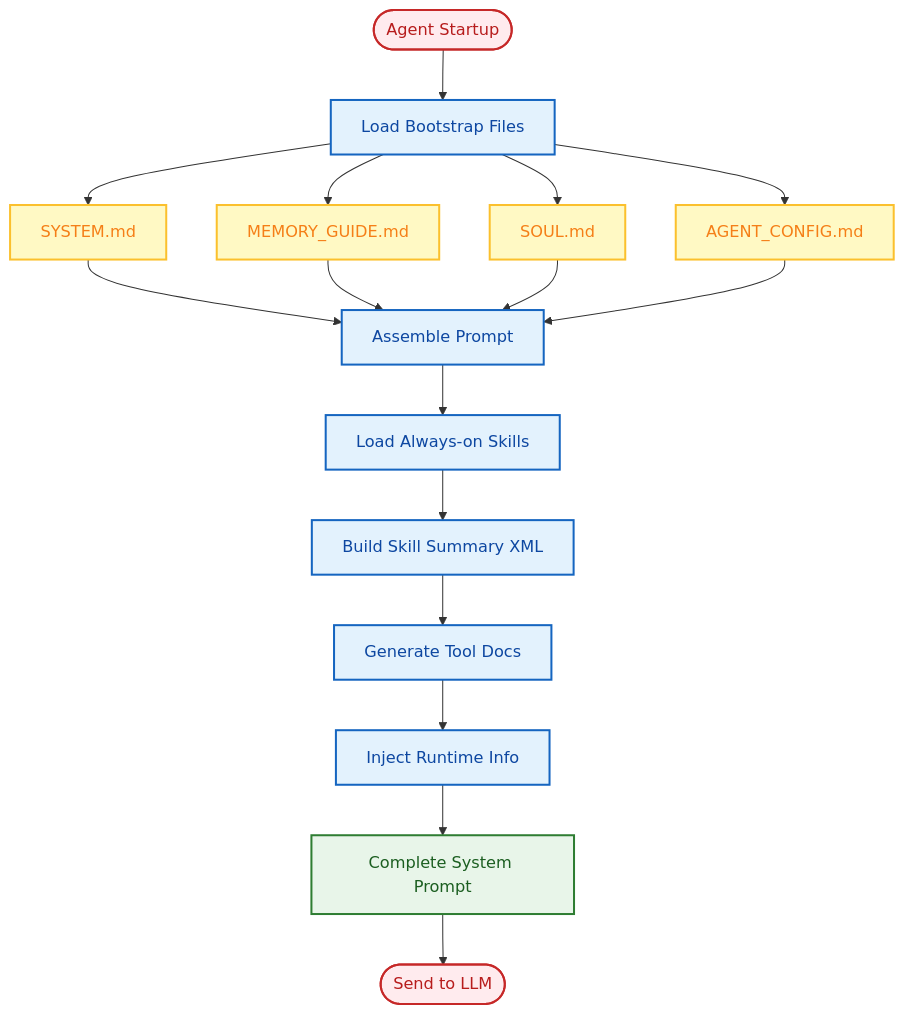
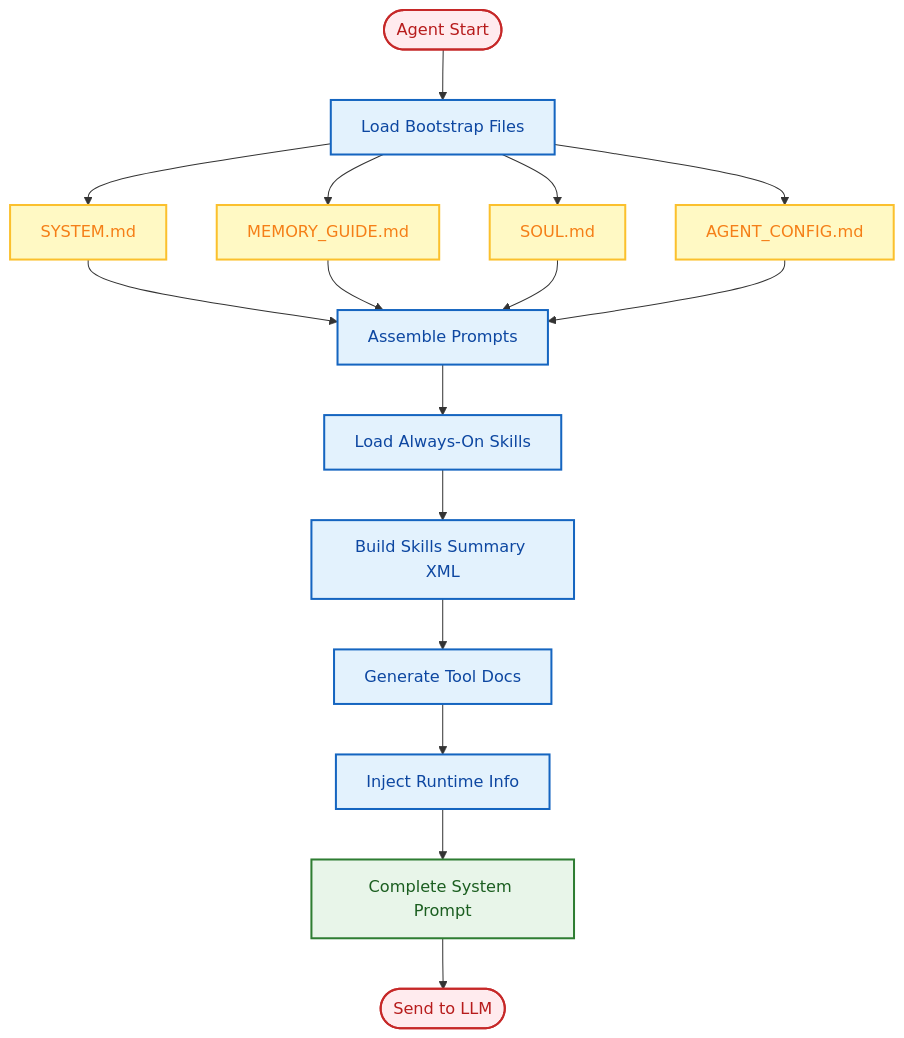
Before and after one commit to xt765/FinchBot: the fourth of 6 diagrams in docs/en-US/blog/finchbot-flexible-ai-agent-framework.md, drawn with Mermaid. The commit also changed other lines of this file and 1 other file, not shown here.

````diff
--- a/docs/en-US/blog/finchbot-flexible-ai-agent-framework.md
+++ b/docs/en-US/blog/finchbot-flexible-ai-agent-framework.md
@@ -384,28 +376,27 @@
 ```mermaid
 flowchart TD
-    %% Style Definitions
     classDef startEnd fill:#ffebee,stroke:#c62828,stroke-width:2px,color:#b71c1c;
     classDef process fill:#e3f2fd,stroke:#1565c0,stroke-width:2px,color:#0d47a1;
     classDef file fill:#fff9c4,stroke:#fbc02d,stroke-width:2px,color:#f57f17;
     classDef output fill:#e8f5e9,stroke:#2e7d32,stroke-width:2px,color:#1b5e20;
 
-    A([ Agent Startup]):::startEnd --> B[ Load Bootstrap Files]:::process
-    
+    A([Agent Start]):::startEnd --> B[Load Bootstrap Files]:::process
+
     B --> C[SYSTEM.md]:::file
     B --> D[MEMORY_GUIDE.md]:::file
     B --> E[SOUL.md]:::file
     B --> F[AGENT_CONFIG.md]:::file
 
-    C --> G[ Assemble Prompt]:::process
+    C --> G[Assemble Prompts]:::process
     D --> G
     E --> G
     F --> G
 
-    G --> H[ Load Always-on Skills]:::process
-    H --> I[ Build Skill Summary XML]:::process
-    I --> J[ Generate Tool Docs]:::process
-    J --> K[ Inject Runtime Info]:::process
-    K --> L[ Complete System Prompt]:::output
+    G --> H[Load Always-On Skills]:::process
+    H --> I[Build Skills Summary XML]:::process
+    I --> J[Generate Tool Docs]:::process
+    J --> K[Inject Runtime Info]:::process
+    K --> L[Complete System Prompt]:::output
 
-    L --> M([ Send to LLM]):::startEnd
+    L --> M([Send to LLM]):::startEnd
 ```
````
